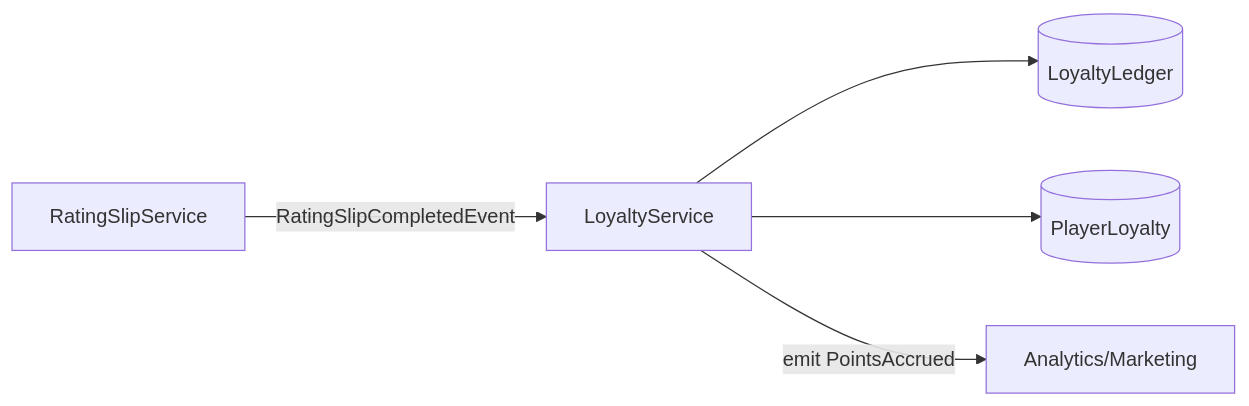
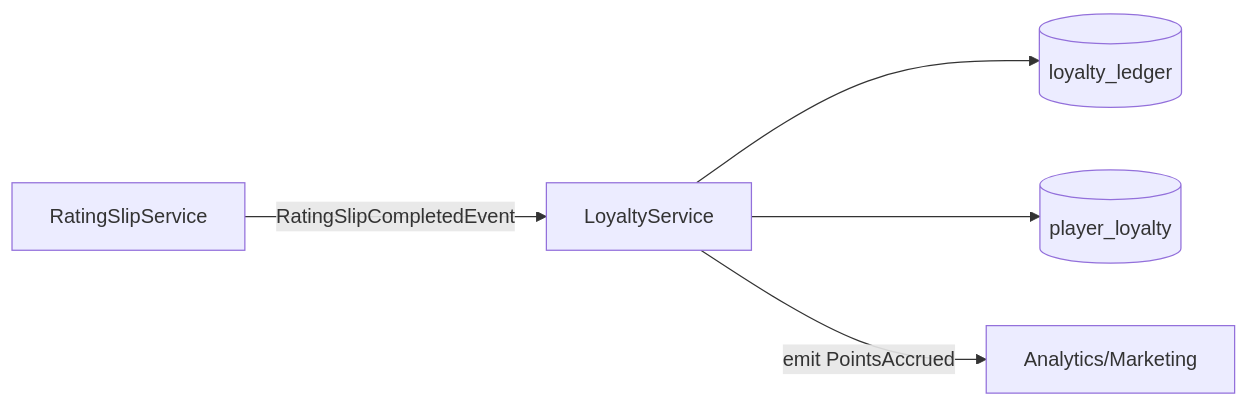
One commit to diepulp/pt-2 changed the first of 2 diagrams in docs/LOYALTY_SERVICE_HANDOFF.md. Above: the diagram before and after it, drawn with Mermaid. The commit also changed other lines of this file and 7 other files, not shown here.

First line of the commit message:
fix(phase-6): correct Loyalty Service schema to match actual database

````diff
--- a/docs/LOYALTY_SERVICE_HANDOFF.md
+++ b/docs/LOYALTY_SERVICE_HANDOFF.md
@@ -25,7 +25,7 @@
 ```mermaid
 flowchart LR
   RS[RatingSlipService] -->|RatingSlipCompletedEvent| L[LoyaltyService]
-  L --> LL[(LoyaltyLedger)]
-  L --> PL[(PlayerLoyalty)]
+  L --> LL[(loyalty_ledger)]
+  L --> PL[(player_loyalty)]
   L -->|emit PointsAccrued| Analytics/Marketing
 ```
````
